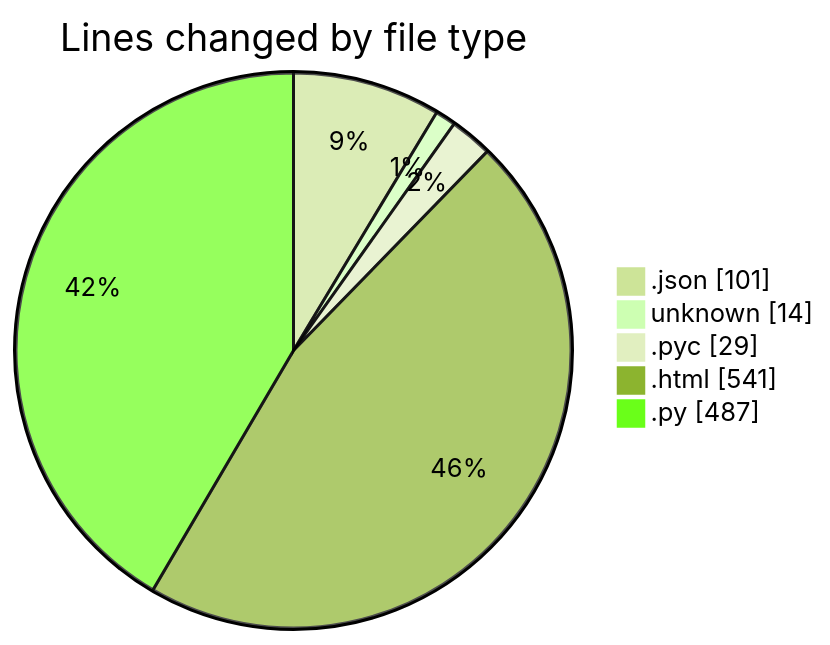
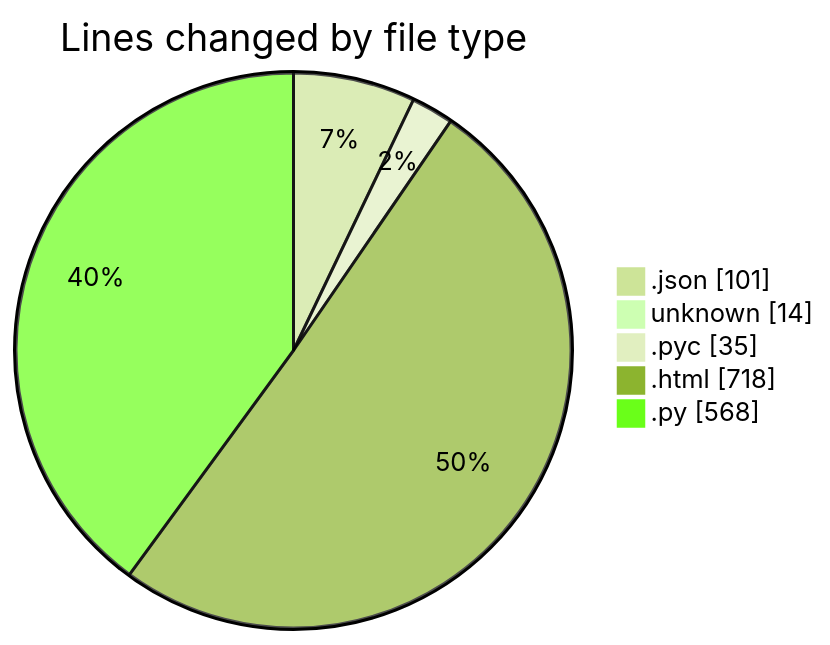
Before and after one commit to Elitesun/code-tracking: the first of 2 diagrams in 2025-04-23/heypy/README.md, drawn with Mermaid (forest theme). The commit also changed other lines of this file and 1 other file, not shown here.

````diff
--- a/2025-04-23/heypy/README.md
+++ b/2025-04-23/heypy/README.md
@@ -25,9 +25,9 @@
 ```mermaid
 pie showData
 title Lines changed by file type
 ".json" : 101
 "unknown" : 14
-".pyc" : 29
-".html" : 541
-".py" : 487
+".pyc" : 35
+".html" : 718
+".py" : 568
 ```
````
